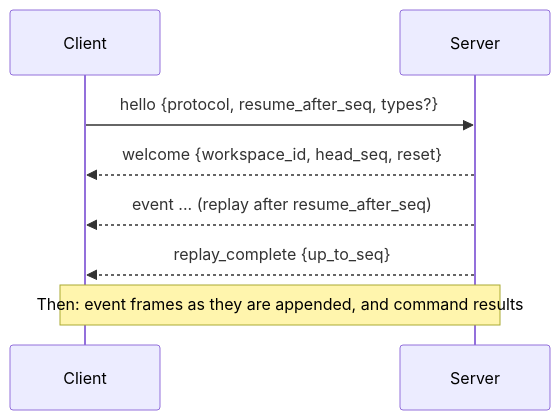
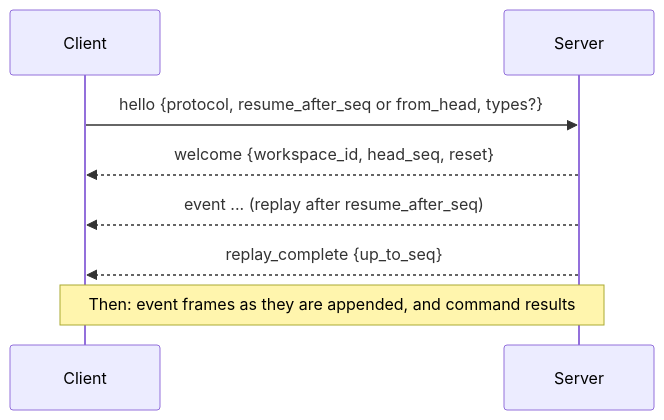
Before and after one commit to alexnodeland/lattice: the diagram in packages/reflexr/docs/protocol.md, drawn with Mermaid. The commit also changed other lines of this file and 29 other files, not shown here.

First line of the commit message:
feat(protocol): read a window, types and the tail of the log, and join at its head (alexnodeland/reflexr#67)

````diff
--- a/packages/reflexr/docs/protocol.md
+++ b/packages/reflexr/docs/protocol.md
@@ -53,10 +53,10 @@
 ```mermaid
 sequenceDiagram
     participant C as Client
     participant S as Server
-    C->>S: hello {protocol, resume_after_seq, types?}
+    C->>S: hello {protocol, resume_after_seq or from_head, types?}
     S-->>C: welcome {workspace_id, head_seq, reset}
     S-->>C: event ... (replay after resume_after_seq)
     S-->>C: replay_complete {up_to_seq}
     Note over C,S: Then: event frames as they are appended, and command results
 ```
````
